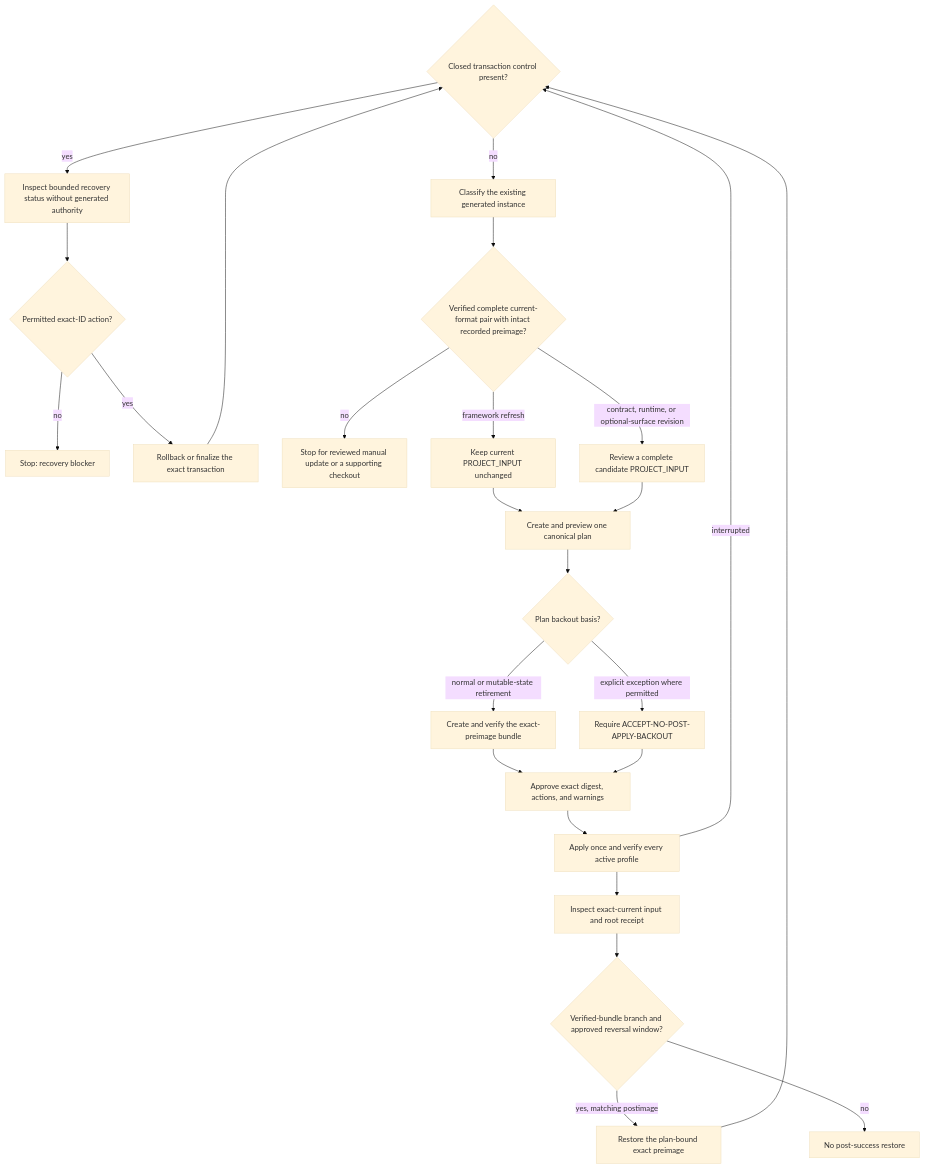
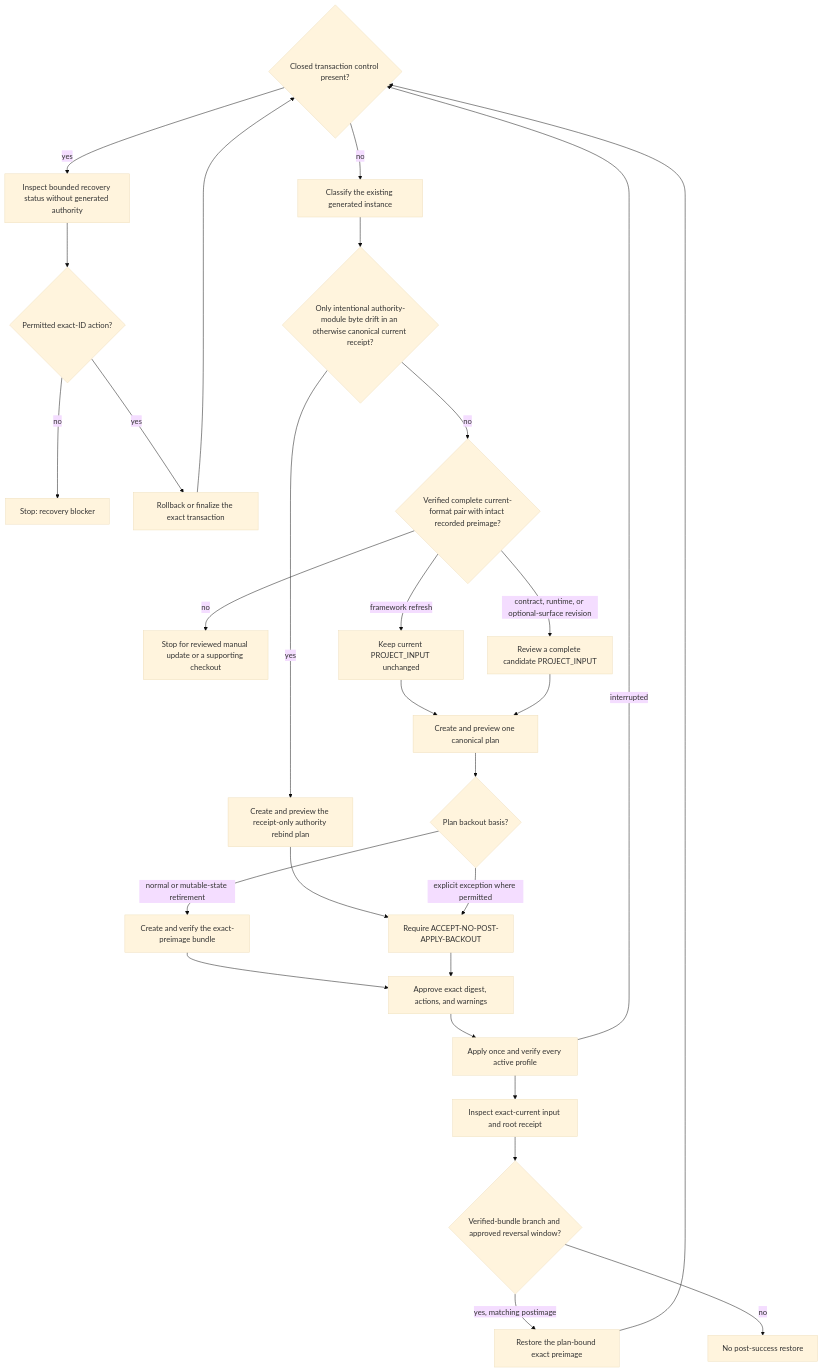
Before and after one commit to laurenzpavlosmalisianos/master-prompt-agreement: the diagram in UPDATING.md, drawn with Mermaid (base theme). The commit also changed other lines of this file and 41 other files, not shown here.

````diff
--- a/UPDATING.md
+++ b/UPDATING.md
@@ -88,28 +98,31 @@
 ```mermaid
 flowchart TB
     A{"Closed transaction control present?"}
     A -->|yes| B["Inspect bounded recovery status without generated authority"]
     B --> C{"Permitted exact-ID action?"}
     C -->|no| D["Stop: recovery blocker"]
     C -->|yes| E["Rollback or finalize the exact transaction"]
     E --> A
     A -->|no| F["Classify the existing generated instance"]
-    F --> G{"Verified complete current-format pair with intact recorded preimage?"}
+    F --> U{"Only intentional authority-module byte drift in an otherwise canonical current receipt?"}
+    U -->|yes| V["Create and preview the receipt-only authority rebind plan"]
+    V --> R
+    U -->|no| G{"Verified complete current-format pair with intact recorded preimage?"}
     G -->|no| H["Stop for reviewed manual update or a supporting checkout"]
     G -->|framework refresh| I["Keep current PROJECT_INPUT unchanged"]
     G -->|contract, runtime, or optional-surface revision| J["Review a complete candidate PROJECT_INPUT"]
     I --> K["Create and preview one canonical plan"]
     J --> K
     K --> P{"Plan backout basis?"}
     P -->|normal or mutable-state retirement| Q["Create and verify the exact-preimage bundle"]
     P -->|explicit exception where permitted| R["Require ACCEPT-NO-POST-APPLY-BACKOUT"]
     Q --> L["Approve exact digest, actions, and warnings"]
     R --> L
     L --> M["Apply once and verify every active profile"]
     M -->|interrupted| A
     M --> N["Inspect exact-current input and root receipt"]
     N --> S{"Verified-bundle branch and approved reversal window?"}
     S -->|yes, matching postimage| O["Restore the plan-bound exact preimage"]
     S -->|no| T["No post-success restore"]
     O --> A
 ```
````
